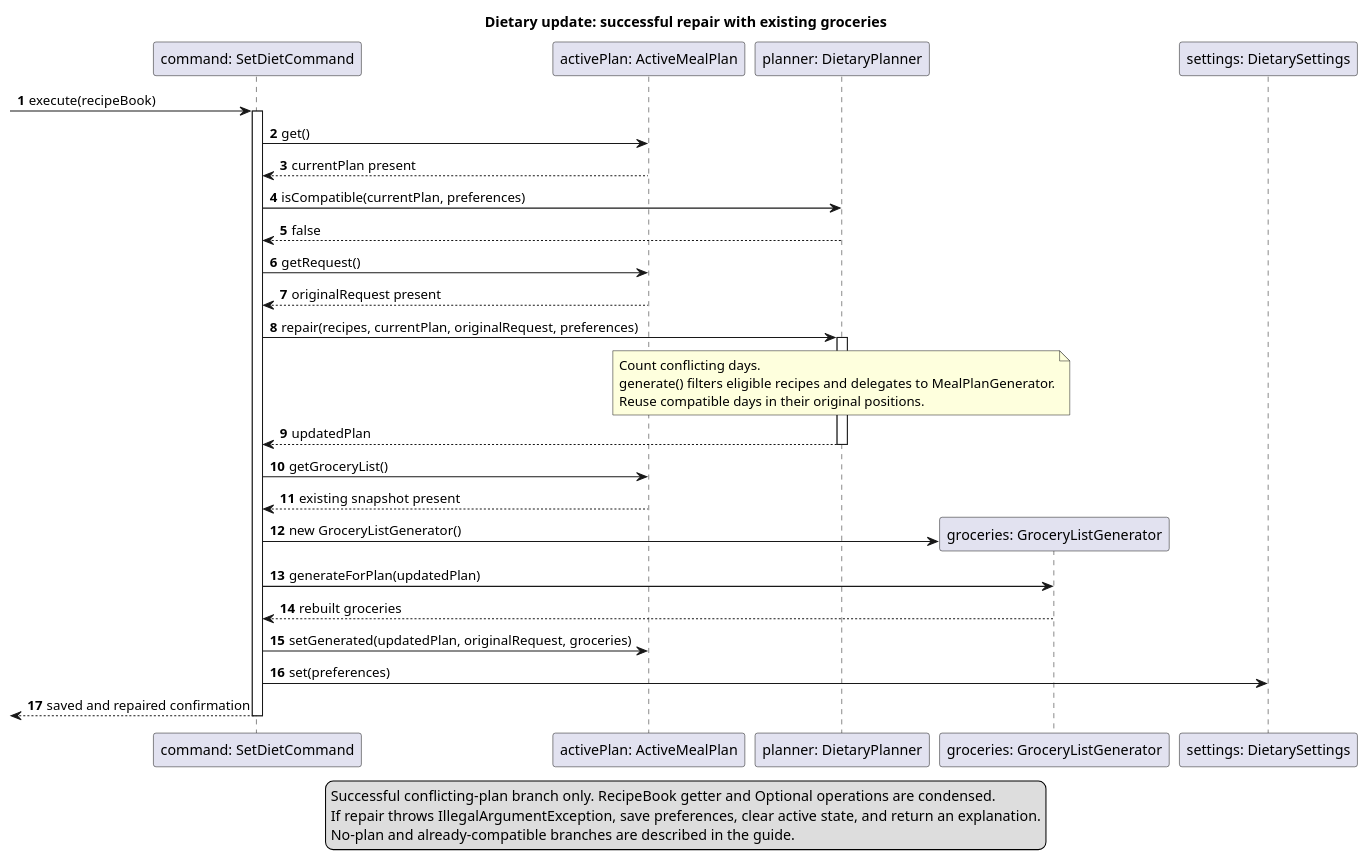
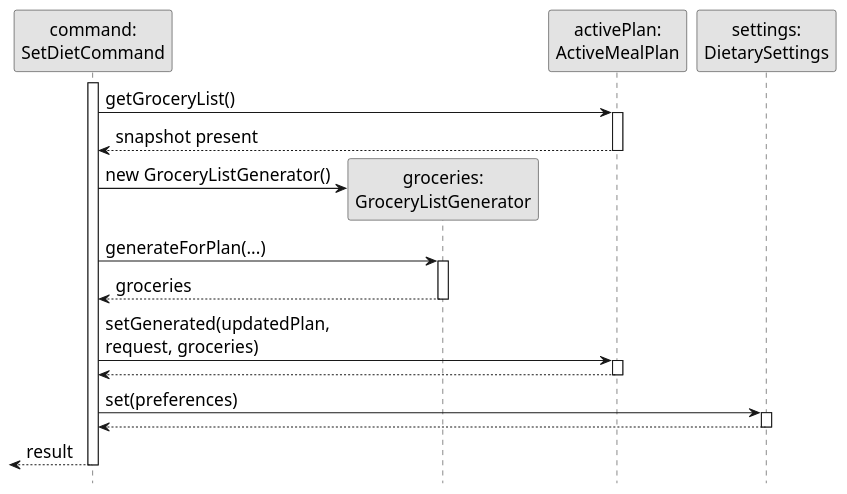
Before and after one commit to AY2627S1-CS2113-W13-4/tp: the diagram in docs/diagrams/dietary/execution.puml, drawn with PlantUML. The commit also changed other lines of this file and 13 other files, not shown here.

First line of the commit message:
docs: simplify dietary restriction guide and focus UML diagrams

```diff
--- a/docs/diagrams/dietary/execution.puml
+++ b/docs/diagrams/dietary/execution.puml
@@ -1,41 +1,33 @@
 @startuml
-title Dietary update: successful repair with existing groceries
-autonumber
-participant "command: SetDietCommand" as C
-participant "activePlan: ActiveMealPlan" as A
-participant "planner: DietaryPlanner" as P
-participant "groceries: GroceryListGenerator" as G
-participant "settings: DietarySettings" as S
-[-> C : execute(recipeBook)
+skinparam backgroundColor white
+skinparam defaultFontName SansSerif
+skinparam defaultFontSize 17
+skinparam shadowing false
+skinparam monochrome true
+hide footbox
+participant "command:\nSetDietCommand" as C
+participant "groceries:\nGroceryListGenerator" as G
+participant "activePlan:\nActiveMealPlan" as A
+participant "settings:\nDietarySettings" as S
 activate C
-C -> A : get()
-A --> C : currentPlan present
-C -> P : isCompatible(currentPlan, preferences)
-P --> C : false
-C -> A : getRequest()
-A --> C : originalRequest present
-C -> P : repair(recipes, currentPlan, originalRequest, preferences)
-activate P
-note over P
-  Count conflicting days.
-  generate() filters eligible recipes and delegates to MealPlanGenerator.
-  Reuse compatible days in their original positions.
-end note
-P --> C : updatedPlan
-deactivate P
 C -> A : getGroceryList()
-A --> C : existing snapshot present
+activate A
+A --> C : snapshot present
+deactivate A
 create G
 C -> G : new GroceryListGenerator()
-C -> G : generateForPlan(updatedPlan)
-G --> C : rebuilt groceries
-C -> A : setGenerated(updatedPlan, originalRequest, groceries)
+C -> G : generateForPlan(...)
+activate G
+G --> C : groceries
+deactivate G
+C -> A : setGenerated(updatedPlan,\nrequest, groceries)
+activate A
+A --> C
+deactivate A
 C -> S : set(preferences)
-C -->[ : saved and repaired confirmation
+activate S
+S --> C
+deactivate S
+C -->[ : result
 deactivate C
-legend bottom
-  Successful conflicting-plan branch only. RecipeBook getter and Optional operations are condensed.
-  If repair throws IllegalArgumentException, save preferences, clear active state, and return an explanation.
-  No-plan and already-compatible branches are described in the guide.
-endlegend
 @enduml
```
